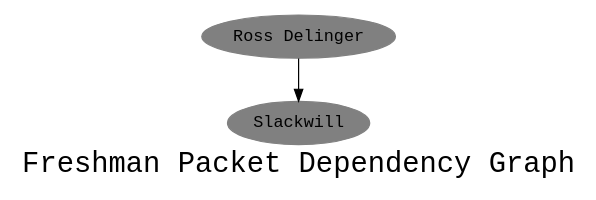
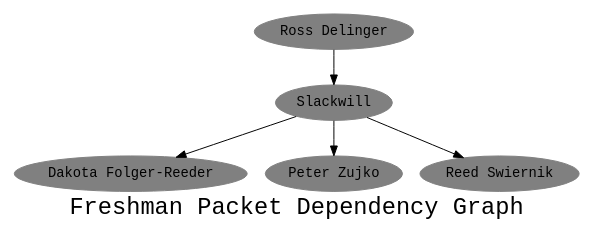
Before and after one commit to robgssp/CSHDigraph: the diagram in dep.gv, drawn with Graphviz. The commit also changed 1 other file, not shown here.

```diff
--- a/dep.gv
+++ b/dep.gv
@@ -1,15 +1,21 @@
 digraph "Packet Dependencies" {
 	graph [ fontname = "Monospace",
 	      	fontsize = 24,
 		label = "Freshman Packet Dependency Graph",
 		size = "6,6" ];
 	node [	shape = oval,
 	     	color = grey,
 		style = filled,
 		fontname = "Monospace" ];
 
+	"Dakota Folger-Reeder";
+	"Peter Zujko";
+	"Reed Swiernik";
+	"Ross Delinger";
 	"Slackwill";
-	"Ross Delinger";
 
 	"Ross Delinger" -> "Slackwill";
+	"Slackwill" -> "Reed Swiernik";
+	"Slackwill" -> "Peter Zujko";
+	"Slackwill" -> "Dakota Folger-Reeder";
 }
```
